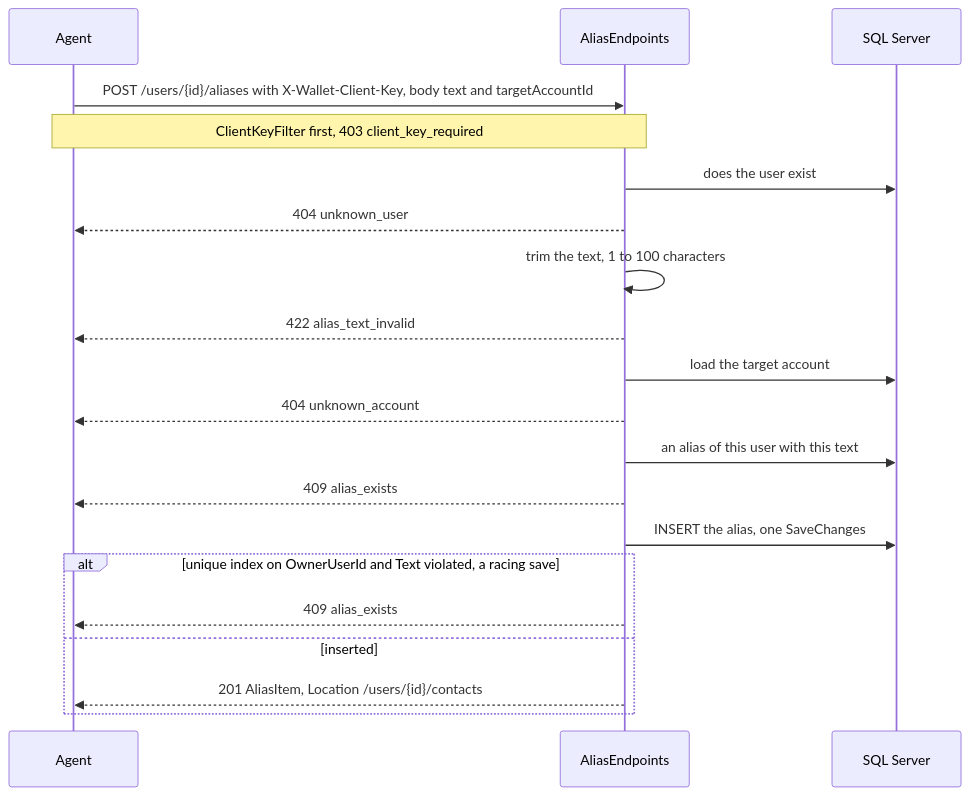
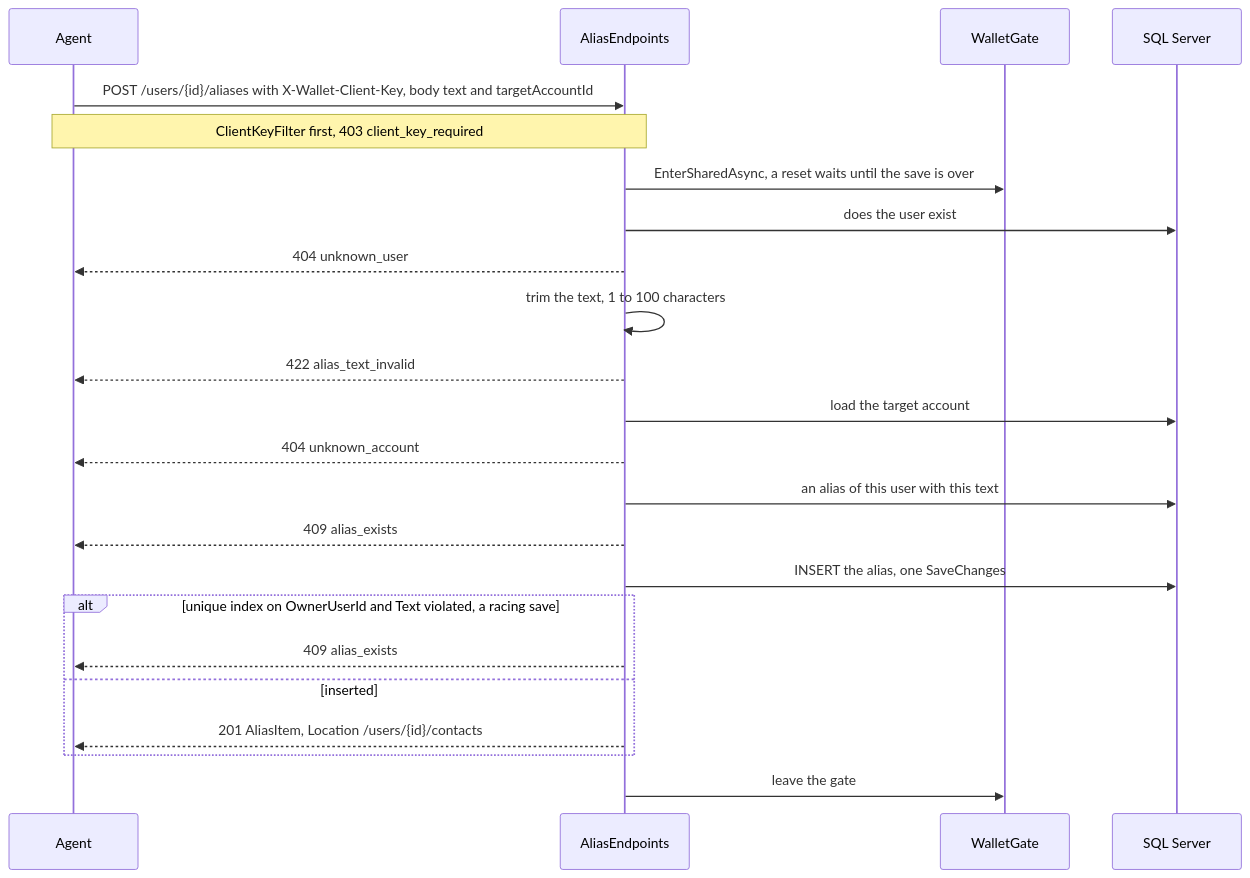
The first of 7 diagrams in docs/wallet-api.md (Khalil-Alhadidi/Naqoli), drawn with Mermaid before and after one commit. The commit also changed other lines of this file and 1 other file, not shown here.

Commit message:
fix(wallet): the alias routes take the wallet gate shared, as consent does, so a reset never runs in the middle of a save or a delete (milestone 9a review)

````diff
--- a/docs/wallet-api.md
+++ b/docs/wallet-api.md
@@ -222,23 +222,26 @@
 ```mermaid
 sequenceDiagram
     participant A as Agent
     participant E as AliasEndpoints
+    participant G as WalletGate
     participant D as SQL Server
 
     A->>E: POST /users/{id}/aliases with X-Wallet-Client-Key, body text and targetAccountId
     Note over A,E: ClientKeyFilter first, 403 client_key_required
+    E->>G: EnterSharedAsync, a reset waits until the save is over
     E->>D: does the user exist
     E-->>A: 404 unknown_user
     E->>E: trim the text, 1 to 100 characters
     E-->>A: 422 alias_text_invalid
     E->>D: load the target account
     E-->>A: 404 unknown_account
     E->>D: an alias of this user with this text
     E-->>A: 409 alias_exists
     E->>D: INSERT the alias, one SaveChanges
     alt unique index on OwnerUserId and Text violated, a racing save
         E-->>A: 409 alias_exists
     else inserted
         E-->>A: 201 AliasItem, Location /users/{id}/contacts
     end
+    E->>G: leave the gate
 ```
````
